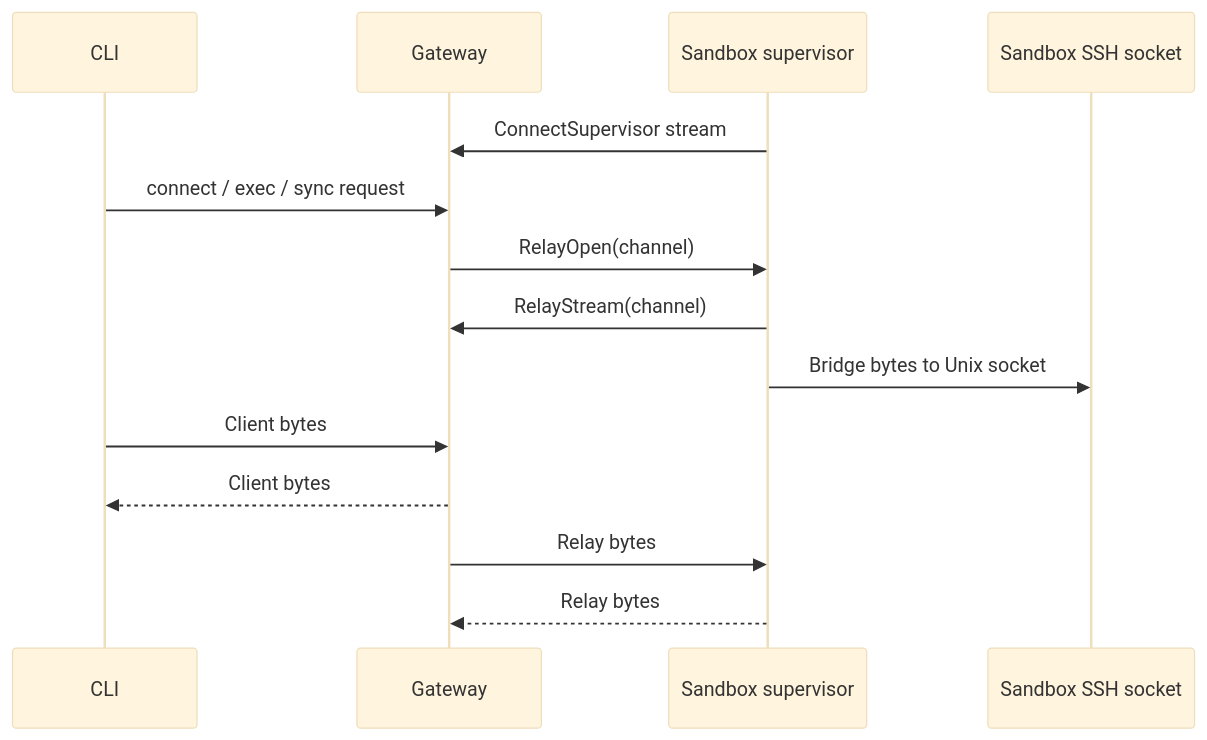
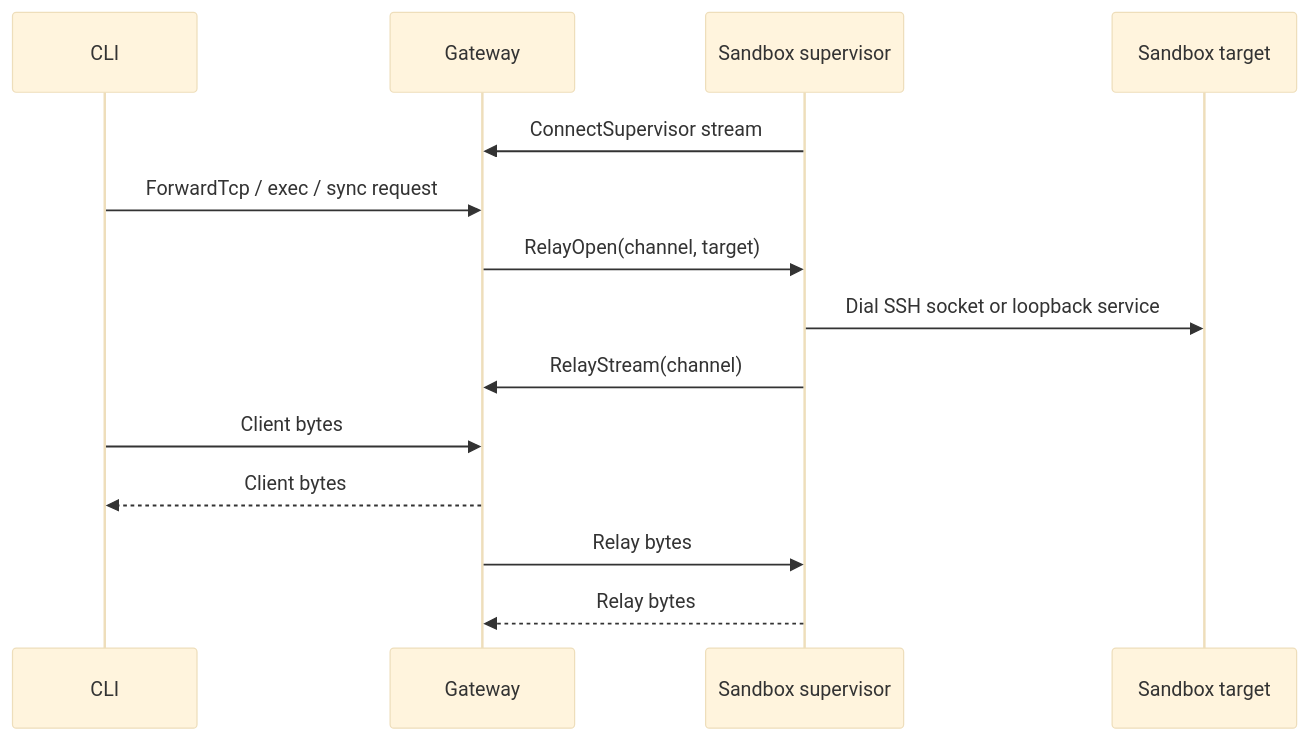
One commit to latenighthackathon/OpenShell changed the diagram in architecture/gateway.md. Above: the diagram before and after it, drawn with Mermaid (base theme). The commit also changed other lines of this file and 35 other files, not shown here.

Commit message:
feat(relay): route forwarding through ForwardTcp (#1029)

````diff
--- a/architecture/gateway.md
+++ b/architecture/gateway.md
@@ -113,17 +114,17 @@
 ```mermaid
 sequenceDiagram
     participant CLI
     participant GW as Gateway
     participant SUP as Sandbox supervisor
-    participant SSH as Sandbox SSH socket
+    participant Target as Sandbox target
 
     SUP->>GW: ConnectSupervisor stream
-    CLI->>GW: connect / exec / sync request
-    GW->>SUP: RelayOpen(channel)
+    CLI->>GW: ForwardTcp / exec / sync request
+    GW->>SUP: RelayOpen(channel, target)
+    SUP->>Target: Dial SSH socket or loopback service
     SUP->>GW: RelayStream(channel)
-    SUP->>SSH: Bridge bytes to Unix socket
     CLI->>GW: Client bytes
     GW-->>CLI: Client bytes
     GW->>SUP: Relay bytes
     SUP-->>GW: Relay bytes
 ```
````
